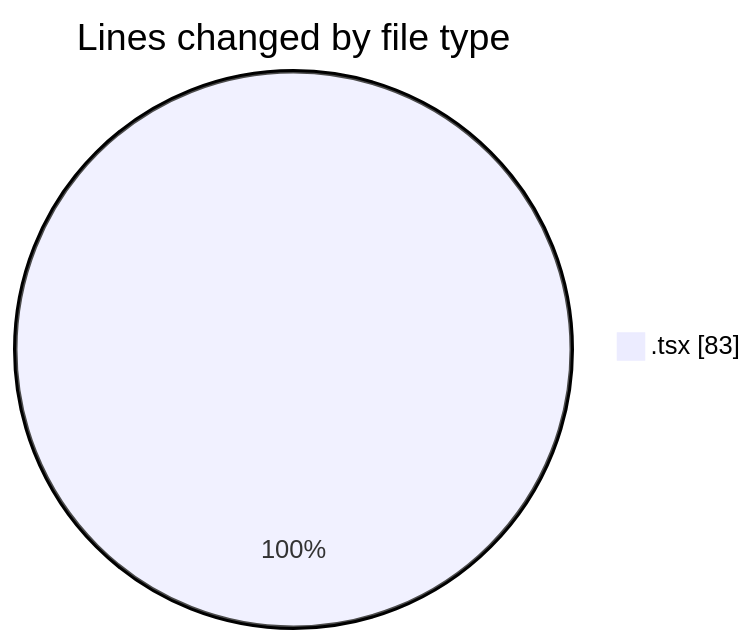
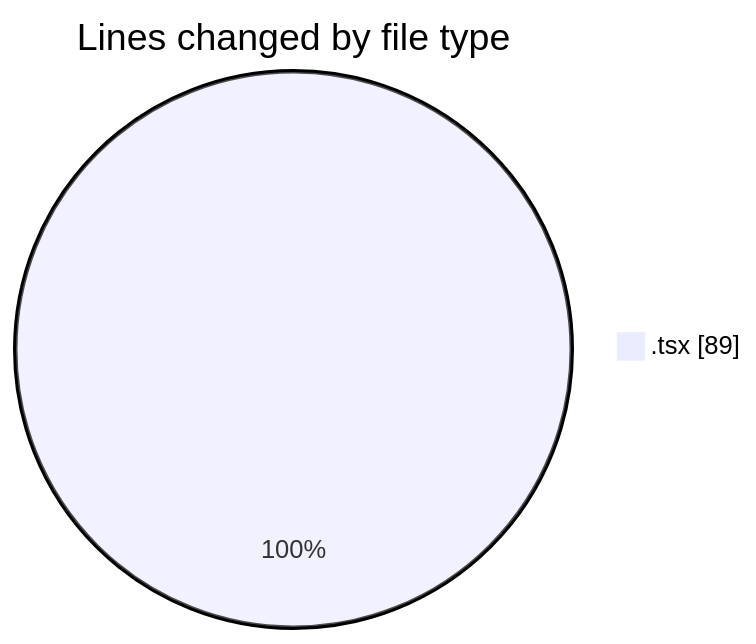
Before and after one commit to donsfak/code-tracking: the first of 2 diagrams in 2025-03-11/portofolio/README.md, drawn with Mermaid. The commit also changed other lines of this file and 1 other file, not shown here.

````diff
--- a/2025-03-11/portofolio/README.md
+++ b/2025-03-11/portofolio/README.md
@@ -20,5 +20,5 @@
 ```mermaid
 pie showData
 title Lines changed by file type
-".tsx" : 83
+".tsx" : 89
 ```
````
